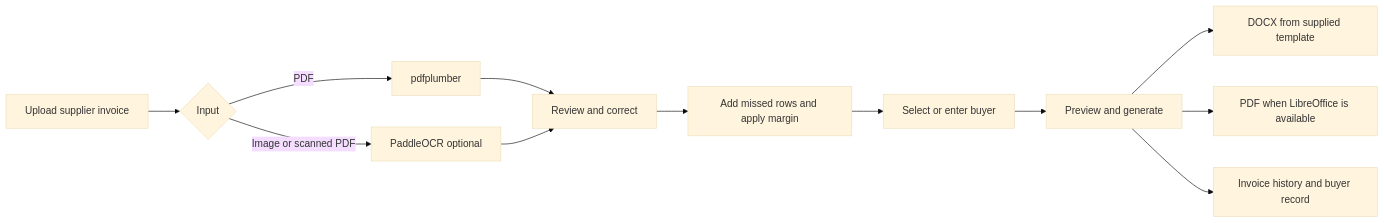
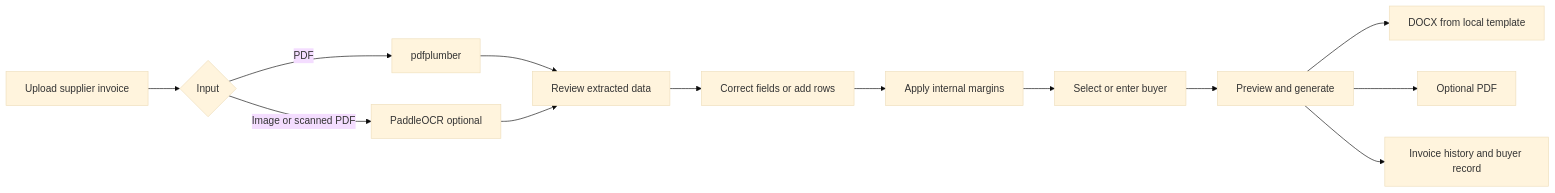
One commit to Sushant-Kae/Invoice-Generator changed the diagram in README.md. Above: the diagram before and after it, drawn with Mermaid (base theme). The commit also changed other lines of this file and 1 other file, not shown here.

Commit message:
Remove private invoice template from Git history

````diff
--- a/README.md
+++ b/README.md
@@ -39,14 +40,15 @@
 ```mermaid
 flowchart LR
     A[Upload supplier invoice] --> B{Input}
     B -->|PDF| C[pdfplumber]
     B -->|Image or scanned PDF| D[PaddleOCR optional]
-    C --> E[Review and correct]
+    C --> E[Review extracted data]
     D --> E
-    E --> F[Add missed rows and apply margin]
-    F --> G[Select or enter buyer]
-    G --> H[Preview and generate]
-    H --> I[DOCX from supplied template]
-    H --> J[PDF when LibreOffice is available]
-    H --> K[Invoice history and buyer record]
+    E --> F[Correct fields or add rows]
+    F --> G[Apply internal margins]
+    G --> H[Select or enter buyer]
+    H --> I[Preview and generate]
+    I --> J[DOCX from local template]
+    I --> K[Optional PDF]
+    I --> L[Invoice history and buyer record]
 ```
````
